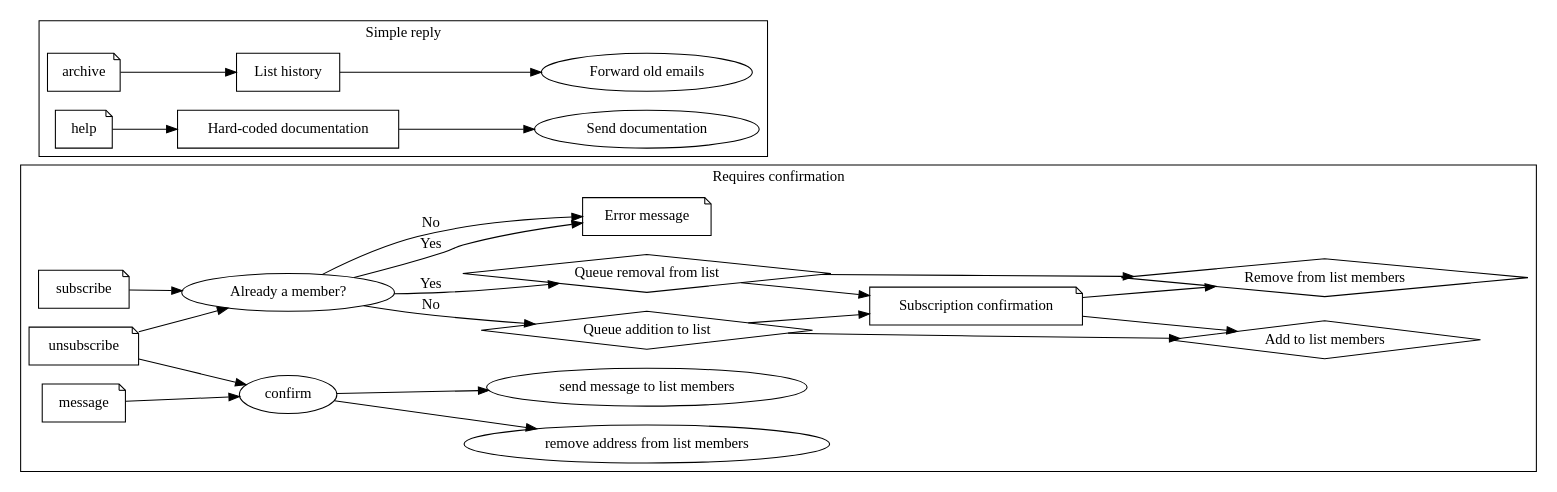
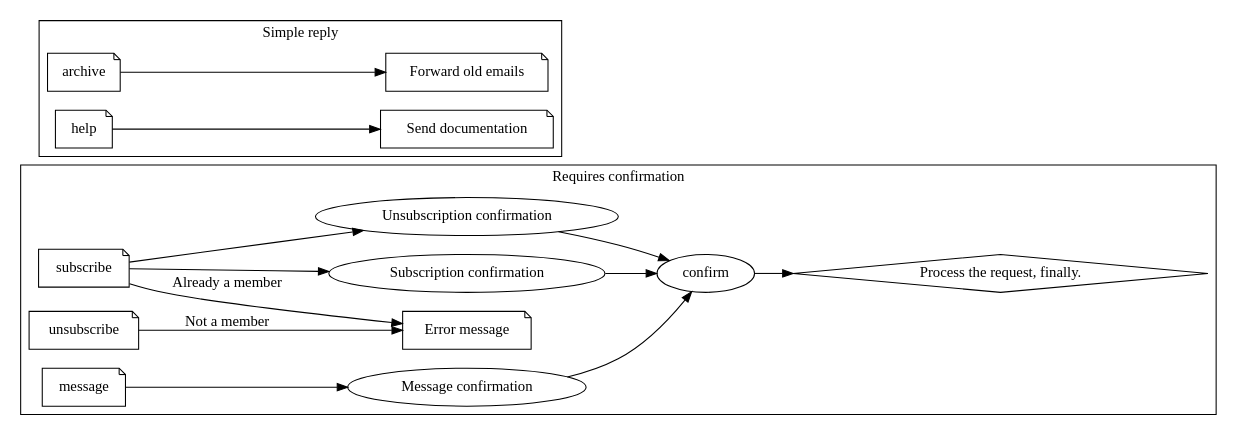
One commit to tlevine/ypotf changed the diagram in docs/flow.dot. Above: the diagram before and after it, drawn with Graphviz. The commit also changed 1 other file, not shown here.

```diff
--- a/docs/flow.dot
+++ b/docs/flow.dot
@@ -1,42 +1,26 @@
 digraph ypotf {
     rankdir=LR
 
-    subscribe, unsubscribe, message [shape=note];
-    "Error message" [shape=note];
     subgraph cluster_0 {
       label="Requires confirmation";
+      subscribe, unsubscribe, message, "Error message" [shape=note];
 
-      subscribe -> "Already a member?"
-      "Already a member?" -> "Error message" [label=Yes];
-      "Already a member?" -> "Queue addition to list" [label=No];
+      subscribe -> "Error message" [label="Already a member"];
+      subscribe -> "Subscription confirmation" -> confirm;
 
-      "Queue addition to list" -> "Subscription confirmation";
-      "Subscription confirmation" -> "Add to list members";
-      "Queue addition to list" -> "Add to list members";
+      unsubscribe -> "Error message" [label="Not a member"];
+      subscribe -> "Unsubscription confirmation" -> confirm;
 
-      unsubscribe -> "Already a member?"
-      "Already a member?" -> "Queue removal from list" [label=Yes];
-      "Already a member?" -> "Error message" [label=No];
+      confirm -> "Process the request, finally.";
+      "Process the request, finally." [shape=diamond];
 
-      "Queue removal from list" -> "Subscription confirmation";
-      "Subscription confirmation" -> "Remove from list members";
-      "Queue removal from list" -> "Remove from list members";
-
-      "Queue addition to list", "Queue removal from list",
-        "Remove from list members", "Add to list members"
-        [shape=diamond];
-
-      "Queue addition to list", "Queue removal from list" [shape=diamond];
-      unsubscribe -> confirm -> "remove address from list members";
-      message -> confirm -> "send message to list members";
-      "Subscription confirmation" [shape=note];
+      message -> "Message confirmation" -> confirm;
     }
 
-    archive, help [shape=note];
+    archive, help, "Forward old emails", "Send documentation" [shape=note];
     subgraph cluster_1 {
       label="Simple reply";
-      "Hard-coded documentation", "List history" [shape=box];
-      archive -> "List history" -> "Forward old emails";
-      help -> "Hard-coded documentation" -> "Send documentation";
+      archive -> "Forward old emails";
+      help -> "Send documentation";
     }
 }
```
